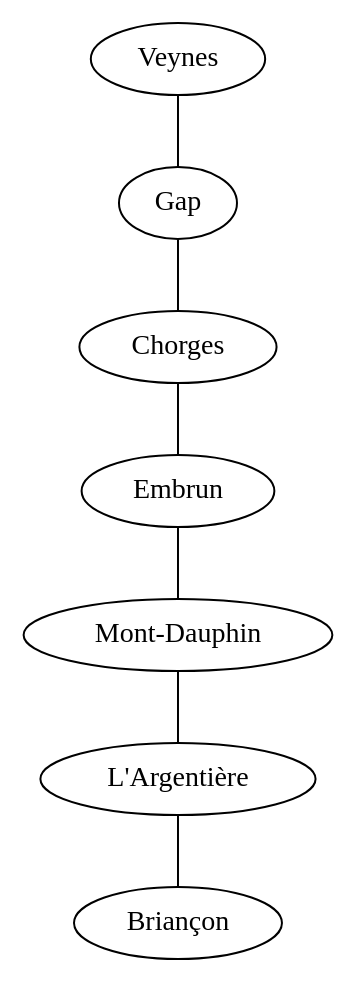
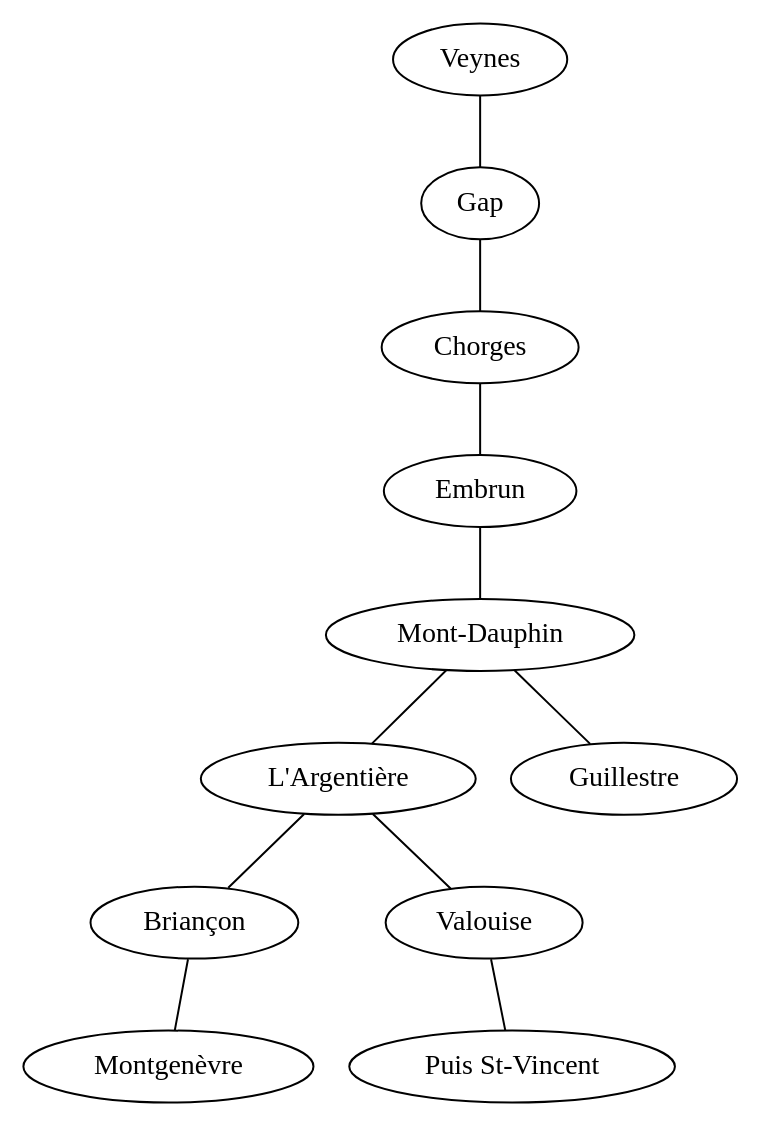
Before and after one commit to Naereen/web-sphinx: the fifth of 5 diagrams in graph.rst, drawn with Graphviz. The commit also changed other lines of this file, not shown here.

```diff
--- a/graph.rst
+++ b/graph.rst
@@ -64,3 +82,6 @@
 .. graph:: alpes
 
    "Veynes" -- "Gap" -- "Chorges" -- "Embrun" -- "Mont-Dauphin" -- "L'Argentière" -- "Briançon";
+   "Mont-Dauphin" -- "Guillestre";
+   "L'Argentière" -- "Valouise" -- "Puis St-Vincent";
+   "Briançon" -- "Montgenèvre";
```
